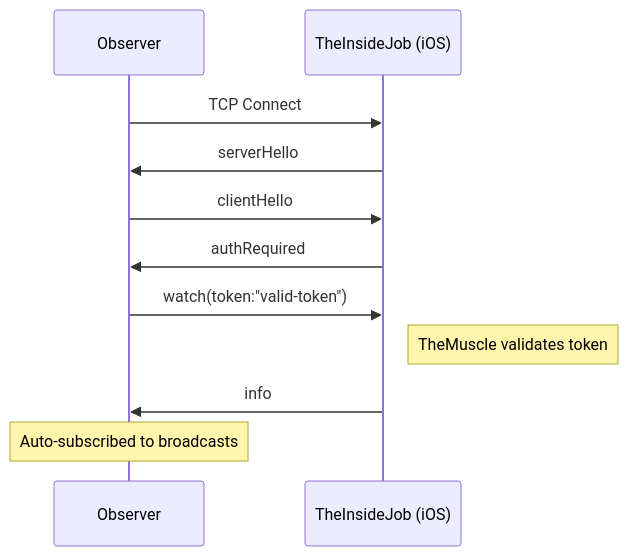
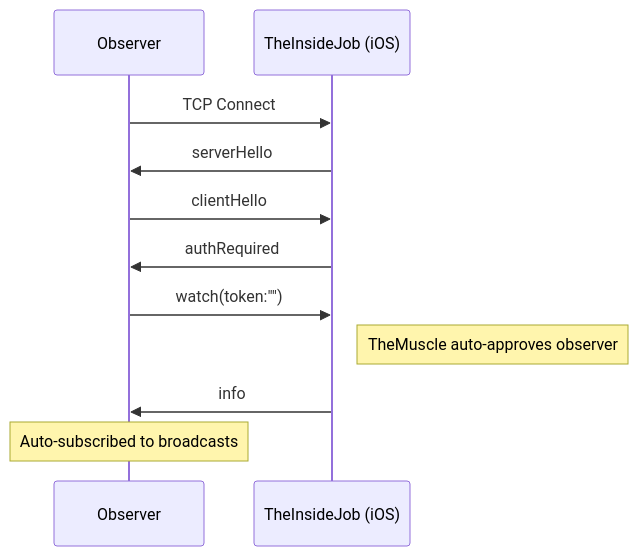
The seventh of 8 diagrams in docs/AUTH.md (RoyalPineapple/TheButtonHeist), drawn with Mermaid before and after one commit. The commit also changed other lines of this file and 20 other files, not shown here.

````diff
--- a/docs/AUTH.md
+++ b/docs/AUTH.md
@@ -209,14 +209,14 @@
 ```mermaid
 sequenceDiagram
     participant Observer
     participant TheInsideJob as TheInsideJob (iOS)
 
     Observer->>TheInsideJob: TCP Connect
     TheInsideJob->>Observer: serverHello
     Observer->>TheInsideJob: clientHello
     TheInsideJob->>Observer: authRequired
-    Observer->>TheInsideJob: watch(token:"valid-token")
-    Note right of TheInsideJob: TheMuscle validates token
+    Observer->>TheInsideJob: watch(token:"")
+    Note right of TheInsideJob: TheMuscle auto-approves observer
     TheInsideJob->>Observer: info
     Note over Observer: Auto-subscribed to broadcasts
 ```
````
